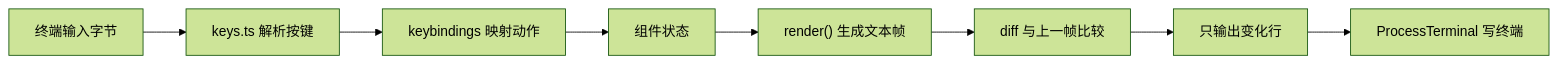
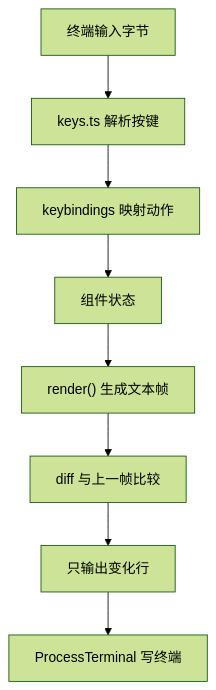
The diagram in pi/08-TUI与终端渲染/index.md (Builder0615/my-blog), drawn with Mermaid (forest theme) before and after one commit. The commit also changed other lines of this file and 12 other files, not shown here.

Commit message:
Rewrite Pi blog in author voice and fix Mermaid diagrams

````diff
--- a/pi/08-TUI与终端渲染/index.md
+++ b/pi/08-TUI与终端渲染/index.md
@@ -122,10 +99,10 @@
 ```mermaid
-flowchart LR
+graph TB
     A["组件状态"] --> B["render() 生成文本帧"]
     B --> C["diff 与上一帧比较"]
     C --> D["只输出变化行"]
     D --> E["ProcessTerminal 写终端"]
     F["终端输入字节"] --> G["keys.ts 解析按键"]
     G --> H["keybindings 映射动作"]
     H --> A
 ```
````
